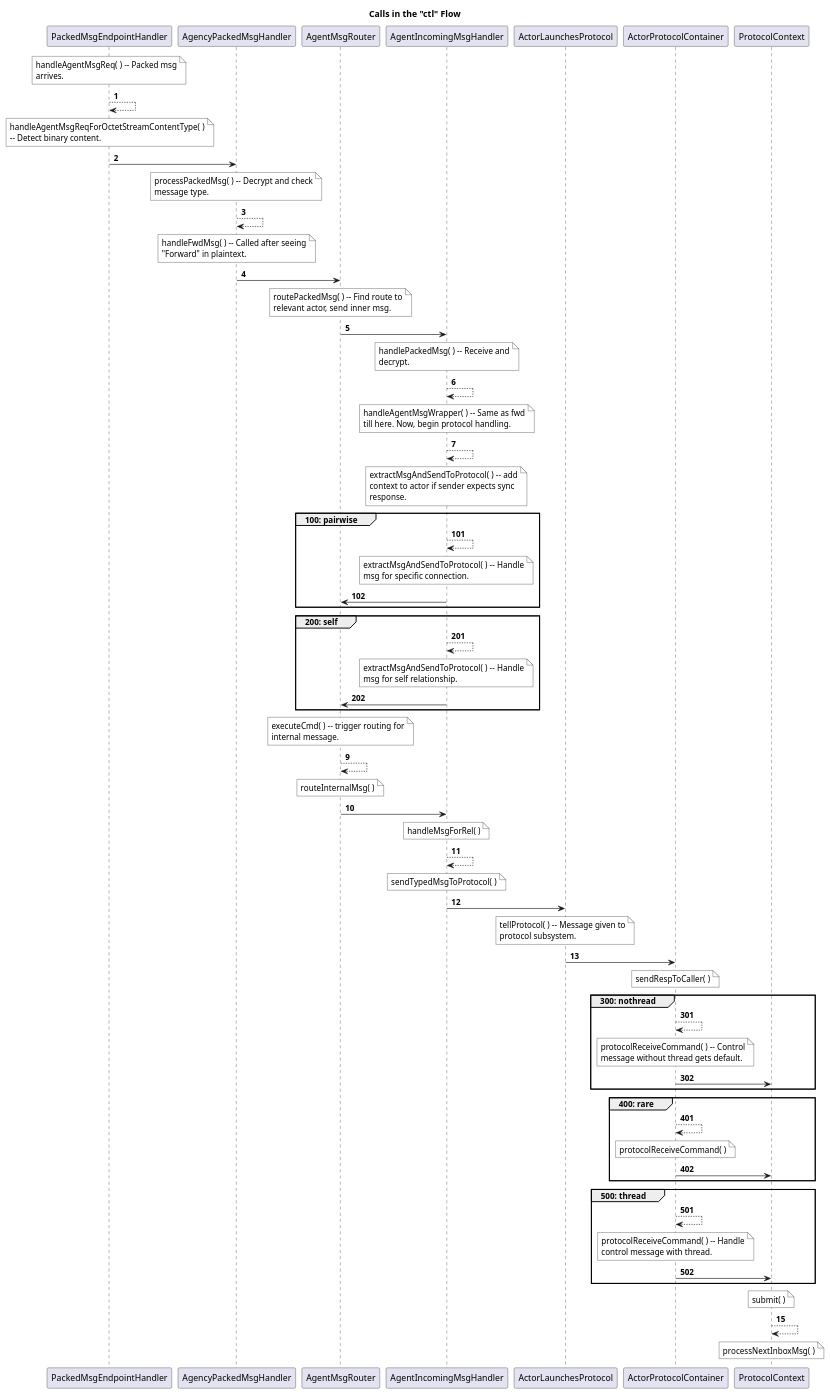
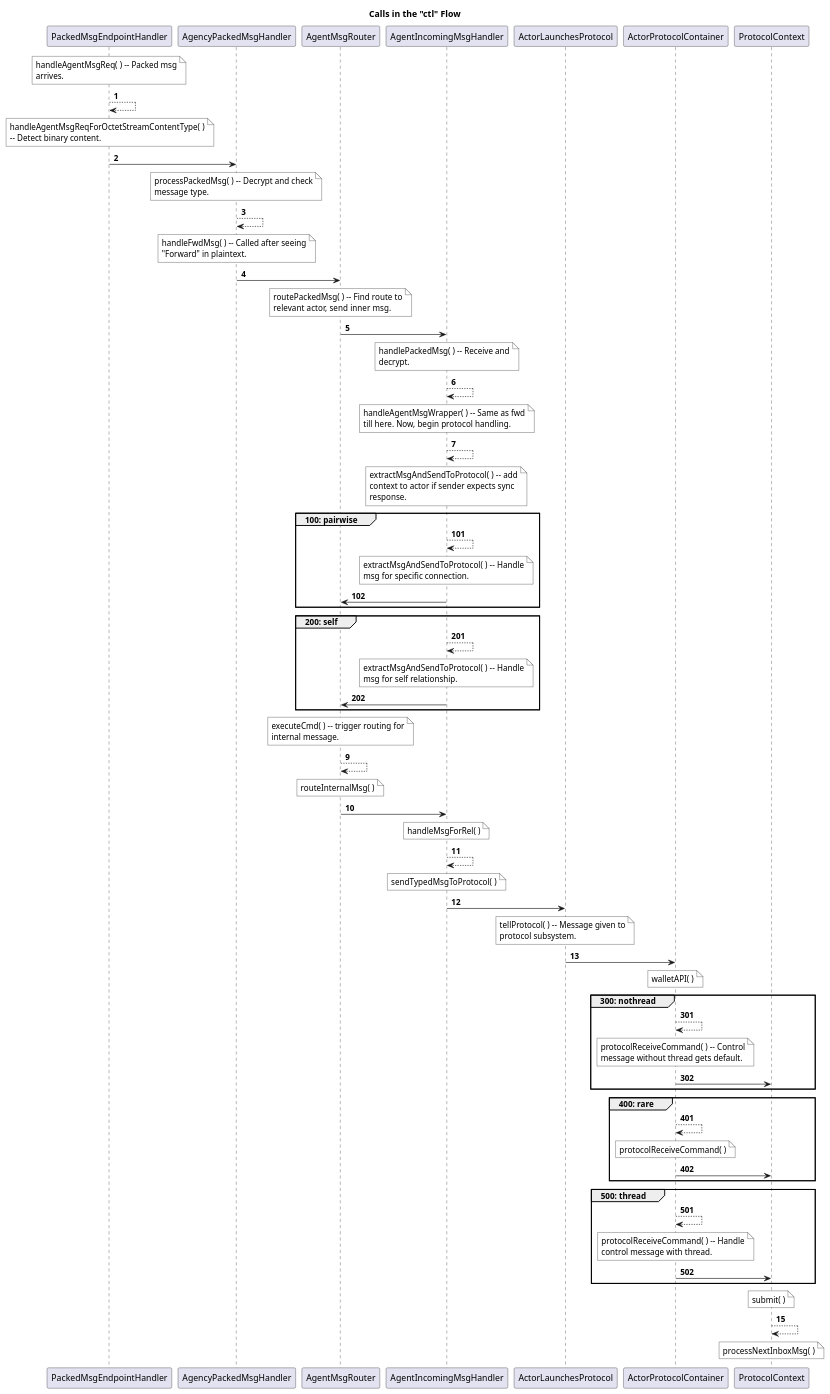
One commit to evernym/verity changed the diagram in doc/ctl_flow.puml. Above: the diagram before and after it, drawn with PlantUML. The commit also changed 123 other files, not shown here.

Commit message:
VE-2231: wallet api and other general refactoring

```diff
--- a/doc/ctl_flow.puml
+++ b/doc/ctl_flow.puml
@@ -1,75 +1,75 @@
 @startuml
 
 title Calls in the "ctl" Flow
 
 autonumber 1
 note over PackedMsgEndpointHandler #ffffff: handleAgentMsgReq( ) -- Packed msg\narrives.
 PackedMsgEndpointHandler --> PackedMsgEndpointHandler
 note over PackedMsgEndpointHandler #ffffff: handleAgentMsgReqForOctetStreamContentType( )\n-- Detect binary content.
 PackedMsgEndpointHandler -> AgencyPackedMsgHandler
 note over AgencyPackedMsgHandler #ffffff: processPackedMsg( ) -- Decrypt and check\nmessage type.
 AgencyPackedMsgHandler --> AgencyPackedMsgHandler
 note over AgencyPackedMsgHandler #ffffff: handleFwdMsg( ) -- Called after seeing\n"Forward" in plaintext.
 AgencyPackedMsgHandler -> AgentMsgRouter
 note over AgentMsgRouter #ffffff: routePackedMsg( ) -- Find route to\nrelevant actor, send inner msg.
 AgentMsgRouter -> AgentIncomingMsgHandler
 note over AgentIncomingMsgHandler #ffffff: handlePackedMsg( ) -- Receive and\ndecrypt.
 AgentIncomingMsgHandler --> AgentIncomingMsgHandler
 note over AgentIncomingMsgHandler #ffffff: handleAgentMsgWrapper( ) -- Same as fwd\ntill here. Now, begin protocol handling.
 AgentIncomingMsgHandler --> AgentIncomingMsgHandler
 note over AgentIncomingMsgHandler #ffffff: extractMsgAndSendToProtocol( ) -- add\ncontext to actor if sender expects sync\nresponse.
 
 group 100: pairwise
 autonumber 101
 AgentIncomingMsgHandler --> AgentIncomingMsgHandler
 note over AgentIncomingMsgHandler #ffffff: extractMsgAndSendToProtocol( ) -- Handle\nmsg for specific connection.
 AgentIncomingMsgHandler -> AgentMsgRouter
 end
 
 group 200: self
 autonumber 201
 AgentIncomingMsgHandler --> AgentIncomingMsgHandler
 note over AgentIncomingMsgHandler #ffffff: extractMsgAndSendToProtocol( ) -- Handle\nmsg for self relationship.
 AgentIncomingMsgHandler -> AgentMsgRouter
 end
 
 autonumber 9
 note over AgentMsgRouter #ffffff: executeCmd( ) -- trigger routing for\ninternal message.
 AgentMsgRouter --> AgentMsgRouter
 note over AgentMsgRouter #ffffff: routeInternalMsg( )
 AgentMsgRouter -> AgentIncomingMsgHandler
 note over AgentIncomingMsgHandler #ffffff: handleMsgForRel( )
 AgentIncomingMsgHandler --> AgentIncomingMsgHandler
 note over AgentIncomingMsgHandler #ffffff: sendTypedMsgToProtocol( )
 AgentIncomingMsgHandler -> ActorLaunchesProtocol
 note over ActorLaunchesProtocol #ffffff: tellProtocol( ) -- Message given to\nprotocol subsystem.
 ActorLaunchesProtocol -> ActorProtocolContainer
-note over ActorProtocolContainer #ffffff: sendRespToCaller( )
+note over ActorProtocolContainer #ffffff: walletAPI( )
 
 group 300: nothread
 autonumber 301
 ActorProtocolContainer --> ActorProtocolContainer
 note over ActorProtocolContainer #ffffff: protocolReceiveCommand( ) -- Control\nmessage without thread gets default.
 ActorProtocolContainer -> ProtocolContext
 end
 
 group 400: rare
 autonumber 401
 ActorProtocolContainer --> ActorProtocolContainer
 note over ActorProtocolContainer #ffffff: protocolReceiveCommand( )
 ActorProtocolContainer -> ProtocolContext
 end
 
 group 500: thread
 autonumber 501
 ActorProtocolContainer --> ActorProtocolContainer
 note over ActorProtocolContainer #ffffff: protocolReceiveCommand( ) -- Handle\ncontrol message with thread.
 ActorProtocolContainer -> ProtocolContext
 end
 
 autonumber 15
 note over ProtocolContext #ffffff: submit( )
 ProtocolContext --> ProtocolContext
 note over ProtocolContext #ffffff: processNextInboxMsg( )
 
 @enduml
```
